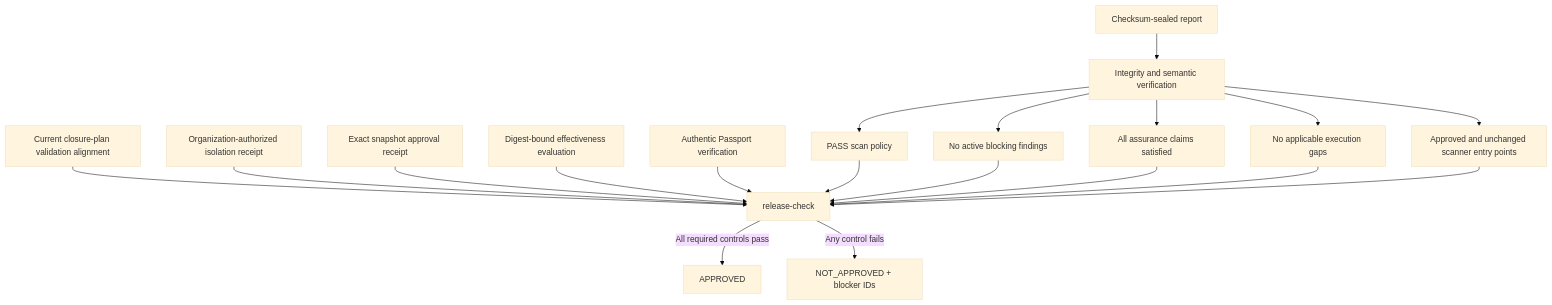
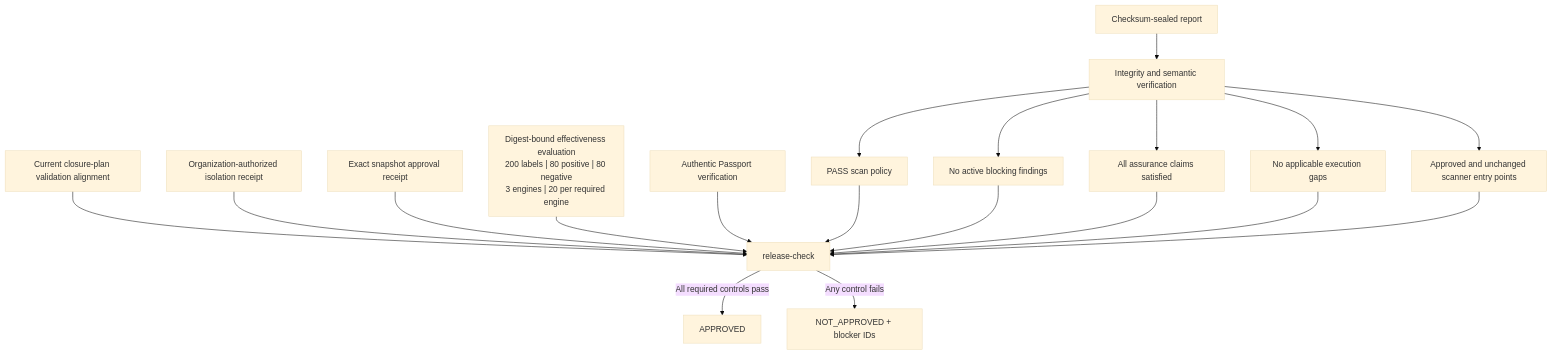
Before and after one commit to willtran87/project-py-security-suite: the diagram in docs/release-readiness.md, drawn with Mermaid (base theme). The commit also changed other lines of this file and 10 other files, not shown here.

Commit message:
docs: update analysis architecture diagrams

````diff
--- a/docs/release-readiness.md
+++ b/docs/release-readiness.md
@@ -12,21 +12,21 @@
 ```mermaid
 flowchart TD
     Report["Checksum-sealed report"] --> Verify["Integrity and semantic verification"]
     Verify --> Policy["PASS scan policy"]
     Verify --> Findings["No active blocking findings"]
     Verify --> Claims["All assurance claims satisfied"]
     Verify --> Coverage["No applicable execution gaps"]
     Verify --> Trust["Approved and unchanged scanner entry points"]
     Closure["Current closure-plan validation alignment"] --> Gate
     Isolation["Organization-authorized isolation receipt"] --> Gate["release-check"]
     Intel["Exact snapshot approval receipt"] --> Gate
-    Benchmark["Digest-bound effectiveness evaluation"] --> Gate
+    Benchmark["Digest-bound effectiveness evaluation<br/>200 labels | 80 positive | 80 negative<br/>3 engines | 20 per required engine"] --> Gate
     Passport["Authentic Passport verification"] --> Gate
     Policy --> Gate
     Findings --> Gate
     Claims --> Gate
     Coverage --> Gate
     Trust --> Gate
     Gate -->|All required controls pass| Approve["APPROVED"]
     Gate -->|Any control fails| Block["NOT_APPROVED + blocker IDs"]
 ```
````
